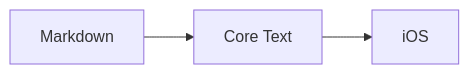
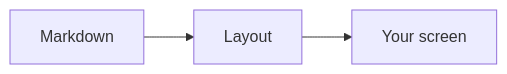
One commit to samuelhe52/Kasumi changed the diagram in apps/iOS/Kasumi/Welcome.md. Above: the diagram before and after it, drawn with Mermaid. The commit also changed other lines of this file and 11 other files, not shown here.

````diff
--- a/apps/iOS/Kasumi/Welcome.md
+++ b/apps/iOS/Kasumi/Welcome.md
@@ -15,5 +30,5 @@
 ```mermaid
 flowchart LR
-    A[Markdown] --> B[Core Text]
-    B --> C[iOS]
+    A[Markdown] --> B[Layout]
+    B --> C[Your screen]
 ```
````
